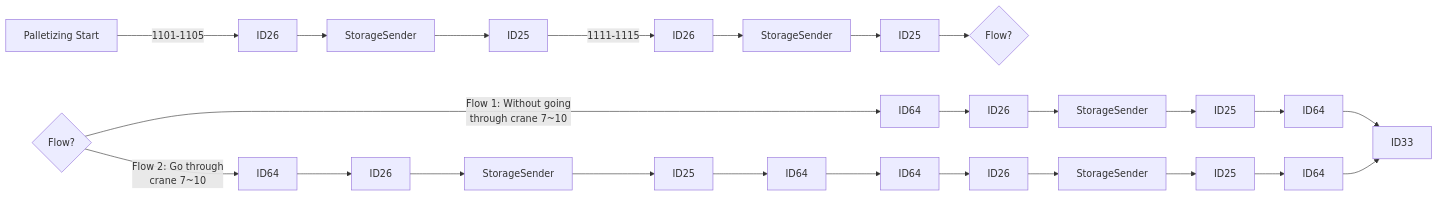
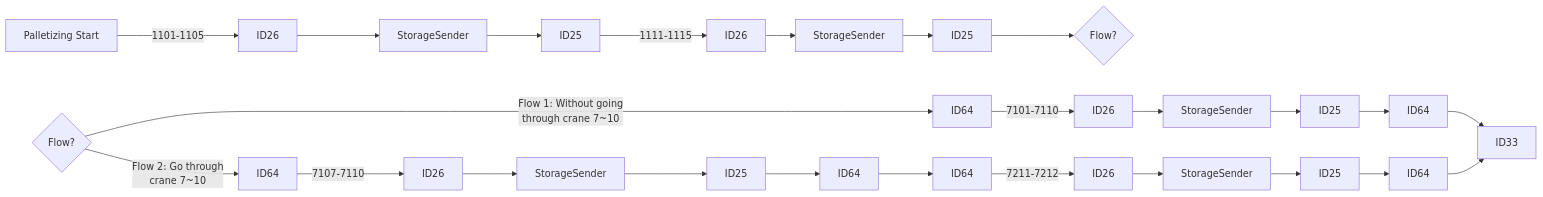
Before and after one commit to luthfiadityaa/SimeDarby-Wiki: the first of 23 diagrams in Basic-Design/DFD-WMS/Storage/Palletizing-Settting/Palletize-Start.md, drawn with Mermaid.

Commit message:
Updated Palletize Start

```diff
--- a/Basic-Design/DFD-WMS/Storage/Palletizing-Settting/Palletize-Start.md
+++ b/Basic-Design/DFD-WMS/Storage/Palletizing-Settting/Palletize-Start.md
@@ -5,19 +5,20 @@
 ::: mermaid
 flowchart LR
   
 P1[Palletizing Start]--> |1101-1105| P2[ID26]-->P3[StorageSender]-->P4[ID25]
 P4[ID25]--> |1111-1115| P5[ID26]-->P6[StorageSender]-->P7[ID25]
 P7[ID25]-->Cond1{Flow?} 
 
 Cond2{Flow?}
 
 Cond2 --> |Flow 1: Without going 
 through crane 7~10| P8[ID64]
 Cond2 --> |Flow 2: Go through 
 crane 7~10| P9[ID64]
-P8[ID64]-->P10[ID26]-->P11[StorageSender]-->P12[ID25]-->P13[ID64]
-P9[ID64]-->P15[ID26]-->P16[StorageSender]-->P17[ID25]-->P18[ID64]-->P19[ID64]-->P20[ID26]-->P21[StorageSender]-->P22[ID25]-->P23[ID64]
+
+P8[ID64]--> |7101-7110| P10[ID26]-->P11[StorageSender]-->P12[ID25]-->P13[ID64]
+P9[ID64]--> |7107-7110| P15[ID26]-->P16[StorageSender]-->P17[ID25]-->P18[ID64]-->P19[ID64]--> |7211-7212| P20[ID26]-->P21[StorageSender]-->P22[ID25]-->P23[ID64]
 
 P13[ID64]-->P14[ID33]
 P23[ID64]-->P14[ID33]
 :::
```
